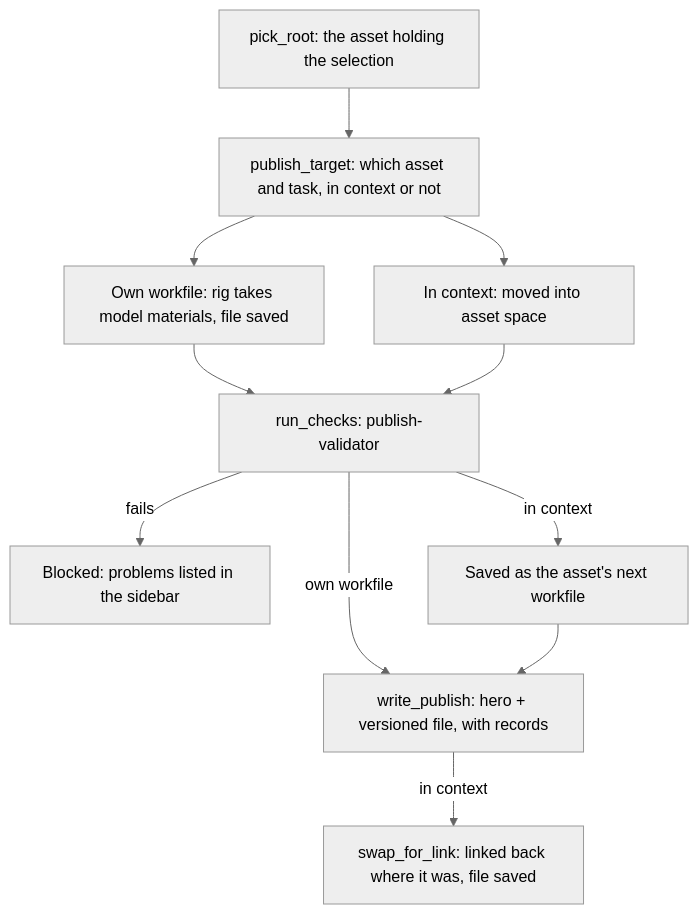
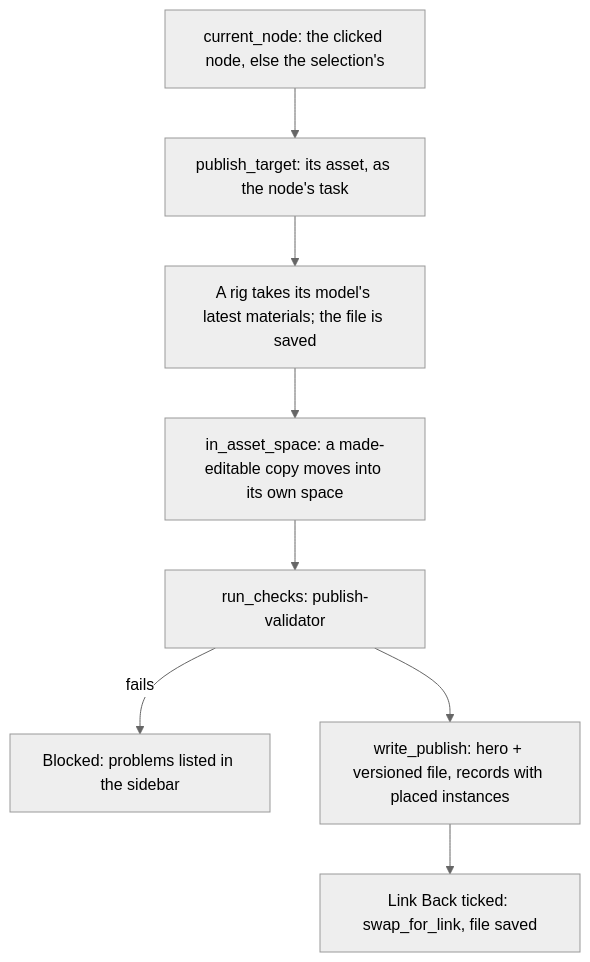
One commit to jmleventhorpe/blender-smallstudio-pipeline changed the diagram in docs/architecture.md. Above: the diagram before and after it, drawn with Mermaid (neutral theme). The commit also changed other lines of this file and 2 other files, not shown here.

First line of the commit message:
Document nodes, New Node and the simpler workfiles

````diff
--- a/docs/architecture.md
+++ b/docs/architecture.md
@@ -98,20 +109,16 @@
 ```mermaid
 flowchart TD
-    pick["pick_root: the asset holding the selection"]
-    target["publish_target: which asset and task, in context or not"]
-    own["Own workfile: rig takes model materials, file saved"]
-    ctx["In context: moved into asset space"]
+    node["current_node: the clicked node, else the selection's"]
+    target["publish_target: its asset, as the node's task"]
+    materials["A rig takes its model's latest materials; the file is saved"]
+    space["in_asset_space: a made-editable copy moves into its own space"]
     checks["run_checks: publish-validator"]
     blocked["Blocked: problems listed in the sidebar"]
-    workfile["Saved as the asset's next workfile"]
-    write["write_publish: hero + versioned file, with records"]
-    link["swap_for_link: linked back where it was, file saved"]
+    write["write_publish: hero + versioned file, records with placed instances"]
+    link["Link Back ticked: swap_for_link, file saved"]
 
-    pick --> target
-    target --> own --> checks
-    target --> ctx --> checks
+    node --> target --> materials --> space --> checks
     checks -- fails --> blocked
-    checks -- own workfile --> write
-    checks -- in context --> workfile --> write
-    write -- in context --> link
+    checks --> write
+    write --> link
 ```
````
